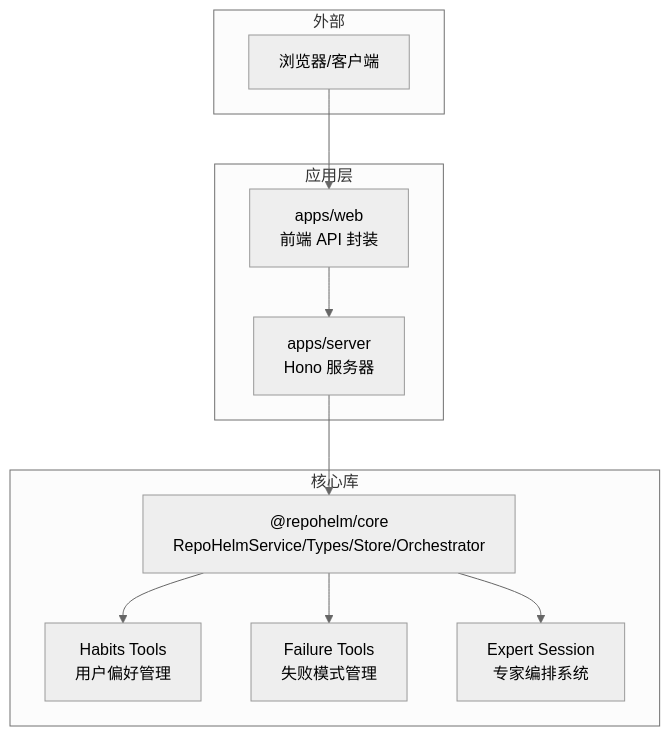
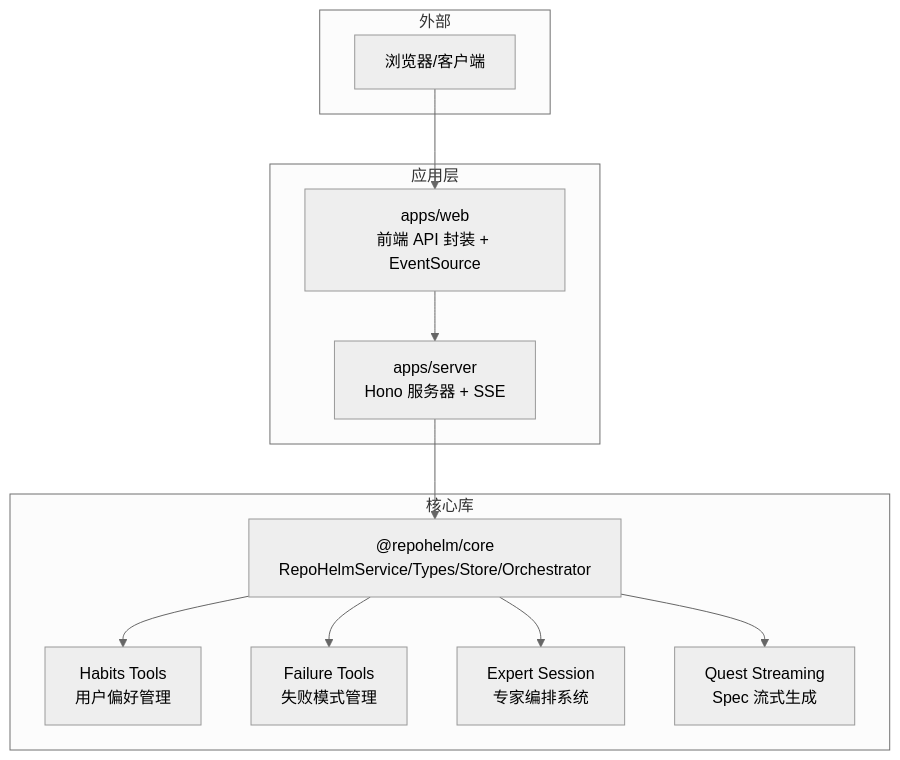
One commit to coconilu/RepoHelm changed the first of 3 diagrams in .qoder/repowiki/zh/content/服务器 API 设计/服务器 API 设计.md. Above: the diagram before and after it, drawn with Mermaid (neutral theme). The commit also changed other lines of this file and 7 other files, not shown here.

First line of the commit message:
Docs: add streaming Spec UI, remove Deliverables tab

````diff
--- a/.qoder/repowiki/zh/content/服务器 API 设计/服务器 API 设计.md
+++ b/.qoder/repowiki/zh/content/服务器 API 设计/服务器 API 设计.md
@@ -49,22 +50,24 @@
 ```mermaid
 graph TB
 subgraph "应用层"
-S["apps/server<br/>Hono 服务器"]
-W["apps/web<br/>前端 API 封装"]
+S["apps/server<br/>Hono 服务器 + SSE"]
+W["apps/web<br/>前端 API 封装 + EventSource"]
 end
 subgraph "核心库"
 C["@repohelm/core<br/>RepoHelmService/Types/Store/Orchestrator"]
 T1["Habits Tools<br/>用户偏好管理"]
 T2["Failure Tools<br/>失败模式管理"]
 E["Expert Session<br/>专家编排系统"]
+Q["Quest Streaming<br/>Spec 流式生成"]
 end
 subgraph "外部"
 F["浏览器/客户端"]
 end
 F --> W
 W --> S
 S --> C
 C --> T1
 C --> T2
 C --> E
+C --> Q
 ```
````
